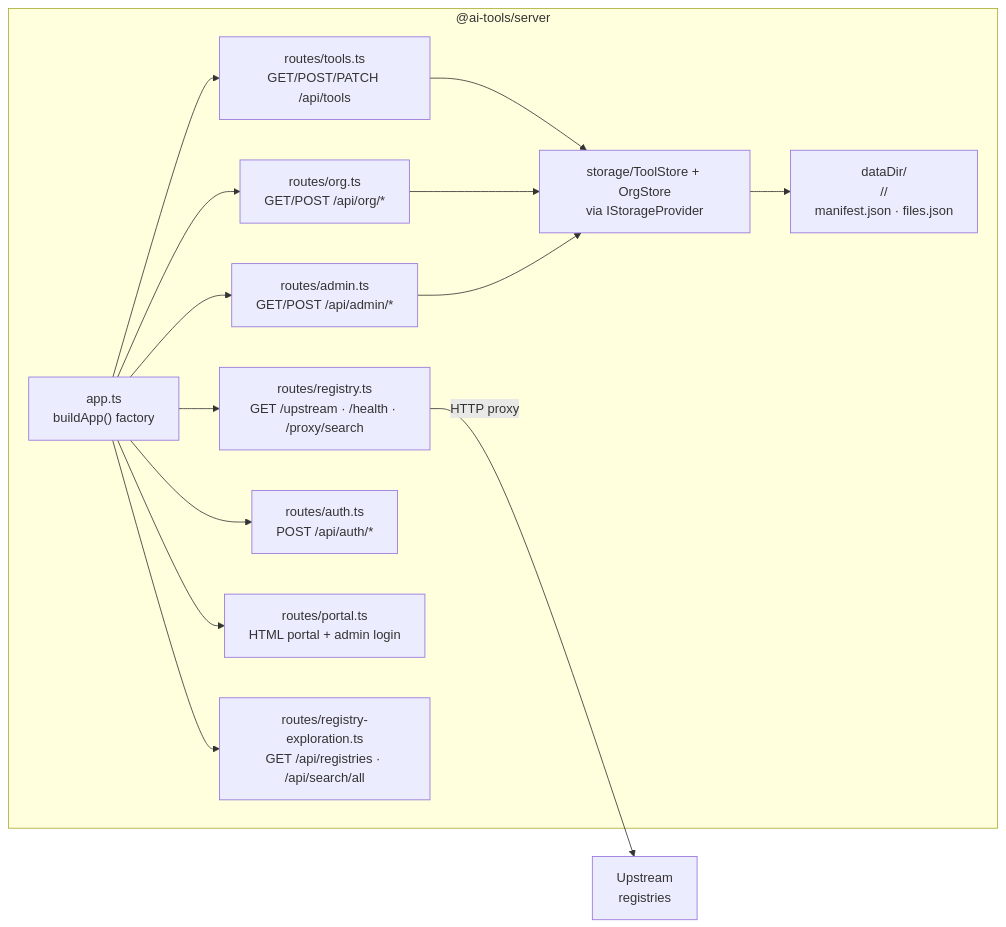
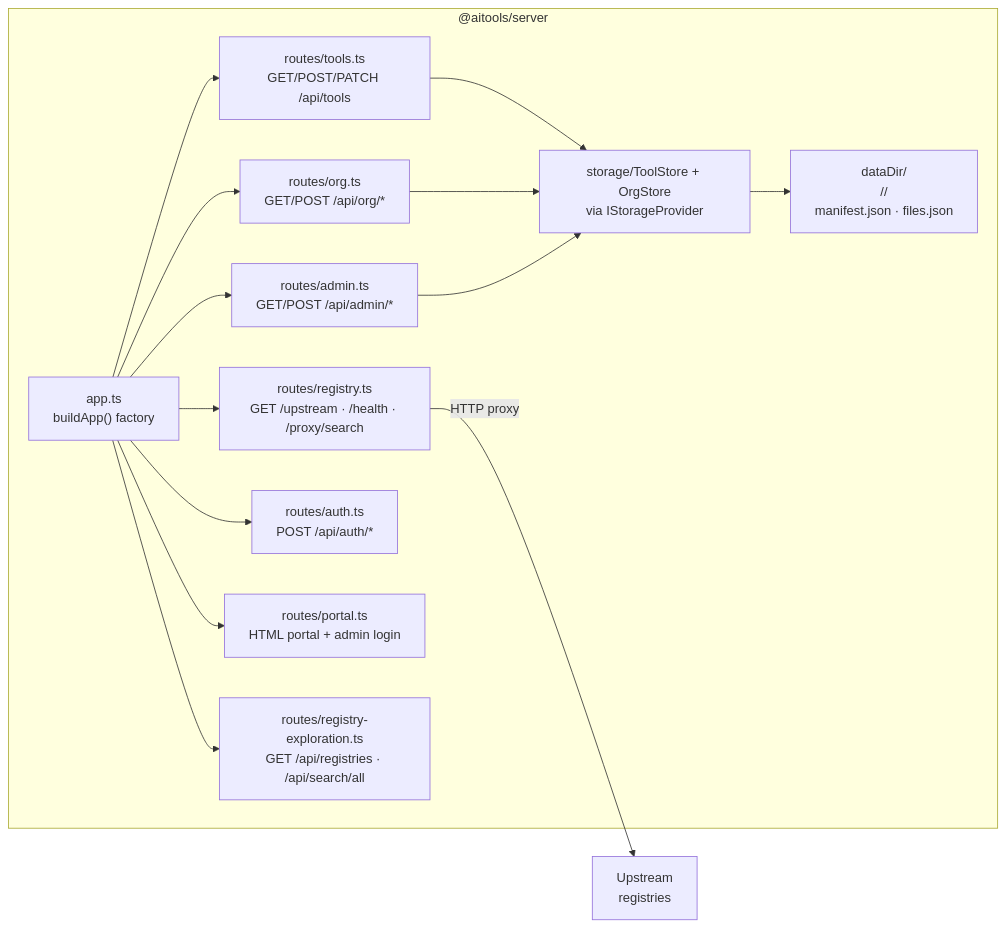
Before and after one commit to bitgenetics/aitools: the fifth of 7 diagrams in docs/design/architecture.md, drawn with Mermaid. The commit also changed other lines of this file and 132 other files, not shown here.

````diff
--- a/docs/design/architecture.md
+++ b/docs/design/architecture.md
@@ -123,28 +123,28 @@
 ```mermaid
 graph LR
-    subgraph server["@ai-tools/server"]
+    subgraph server["@aitools/server"]
         app["app.ts<br/>buildApp() factory"]
         tools_route["routes/tools.ts<br/>GET/POST/PATCH /api/tools"]
         registry_route["routes/registry.ts<br/>GET /upstream · /health · /proxy/search"]
         org_route["routes/org.ts<br/>GET/POST /api/org/*"]
         admin_route["routes/admin.ts<br/>GET/POST /api/admin/*"]
         auth_route["routes/auth.ts<br/>POST /api/auth/*"]
         portal_route["routes/portal.ts<br/>HTML portal + admin login"]
         exploration_route["routes/registry-exploration.ts<br/>GET /api/registries · /api/search/all"]
         store["storage/ToolStore + OrgStore<br/>via IStorageProvider"]
         datafs["dataDir/<br/><name>/<version>/<br/>manifest.json · files.json"]
     end
 
     app --> tools_route
     app --> registry_route
     app --> org_route
     app --> admin_route
     app --> auth_route
     app --> portal_route
     app --> exploration_route
     tools_route --> store
     org_route --> store
     admin_route --> store
     registry_route -- "HTTP proxy" --> upstream_reg["Upstream<br/>registries"]
     store --> datafs
 ```
````
